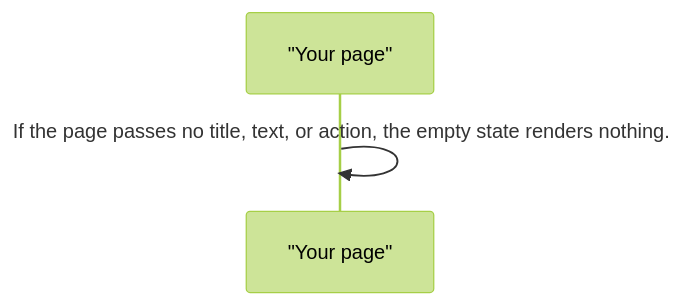
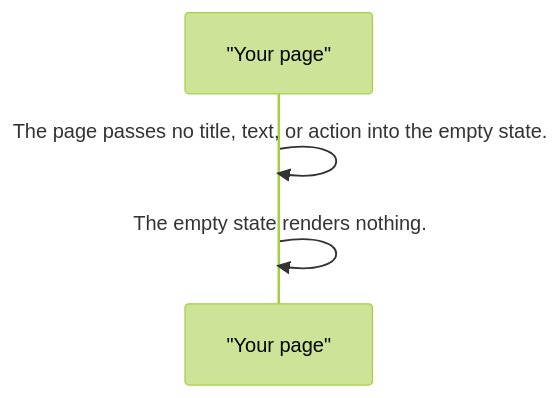
One commit to RajshekharBorate/pixel-ui changed the fourth of 4 diagrams in projects/pixel-ui/src/lib/pixel-empty-state/DESIGN.md. Above: the diagram before and after it, drawn with Mermaid (forest theme). The commit also changed other lines of this file and 80 other files, not shown here.

Commit message:
Fill missing design flows and correct the stories that did not match component behavior.

````diff
--- a/projects/pixel-ui/src/lib/pixel-empty-state/DESIGN.md
+++ b/projects/pixel-ui/src/lib/pixel-empty-state/DESIGN.md
@@ -75,5 +76,6 @@
 ```mermaid
 sequenceDiagram
   participant page as "Your page"
-  page->>page: If the page passes no title, text, or action, the empty state renders nothing.
+  page->>page: The page passes no title, text, or action into the empty state.
+  page->>page: The empty state renders nothing.
 ```
````
